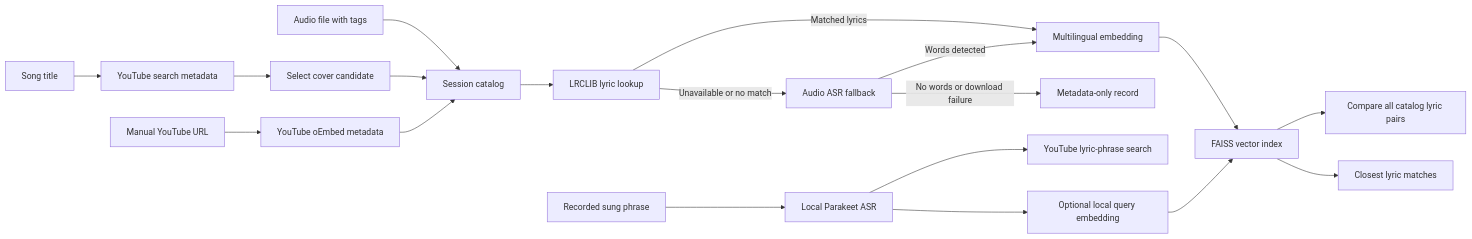
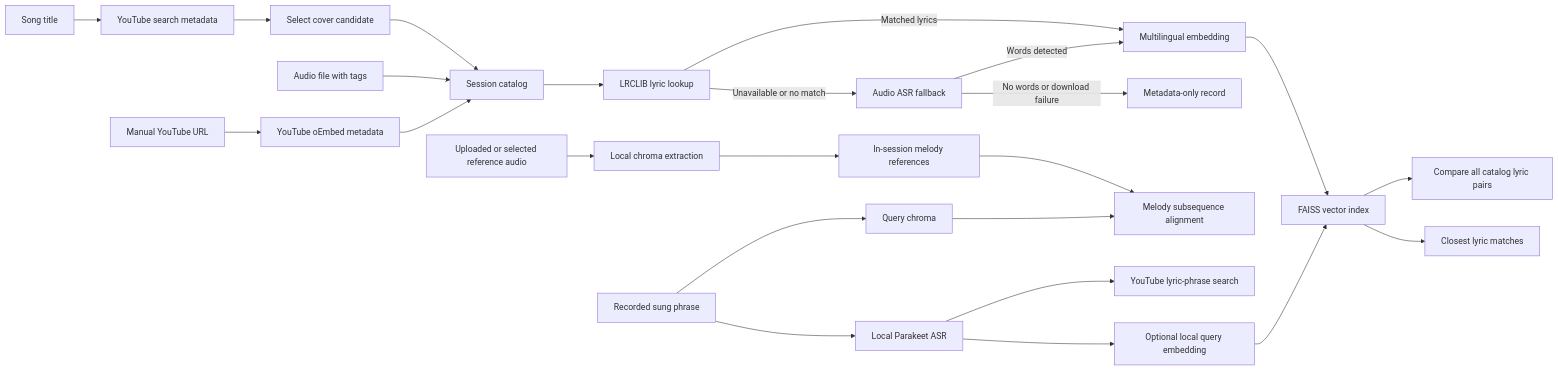
Before and after one commit to EMH01/semantic-cover-search: the diagram in README.md, drawn with Mermaid. The commit also changed other lines of this file, not shown here.

Commit message:
docs: explain microphone placement and experimental session-only chroma melody matching

````diff
--- a/README.md
+++ b/README.md
@@ -17,21 +18,26 @@
 ```mermaid
 flowchart LR
     A[Song title] --> Y[YouTube search metadata]
     Y --> U[Select cover candidate]
     B[Audio file with tags] --> C[Session catalog]
     D[Manual YouTube URL] --> O[YouTube oEmbed metadata]
     U --> C
     O --> C
     C --> L[LRCLIB lyric lookup]
     L -->|Matched lyrics| E[Multilingual embedding]
     L -->|Unavailable or no match| ASR[Audio ASR fallback]
     ASR -->|Words detected| E
     ASR -->|No words or download failure| M[Metadata-only record]
     E --> F[FAISS vector index]
     F --> Cmp[Compare all catalog lyric pairs]
-    Q[Recorded sung phrase] --> P[Local Parakeet ASR]
+    H[Uploaded or selected reference audio] --> MC[Local chroma extraction]
+    MC --> MI[In-session melody references]
+    Q[Recorded sung phrase] --> HC[Query chroma]
+    HC --> MS[Melody subsequence alignment]
+    MI --> MS
+    Q --> P[Local Parakeet ASR]
     P --> YQ[YouTube lyric-phrase search]
     P --> QE[Optional local query embedding]
     QE --> F
     F --> R[Closest lyric matches]
 ```
````
